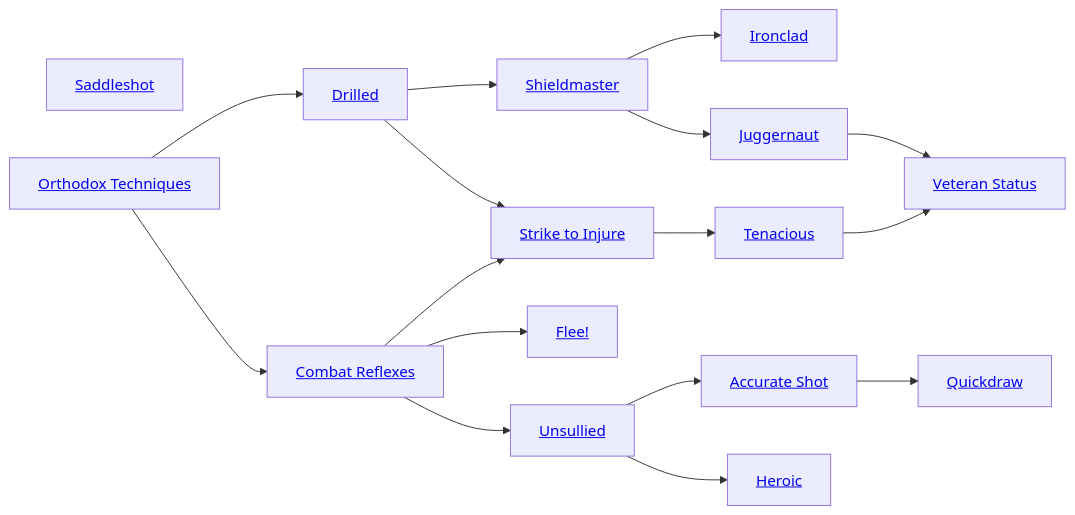
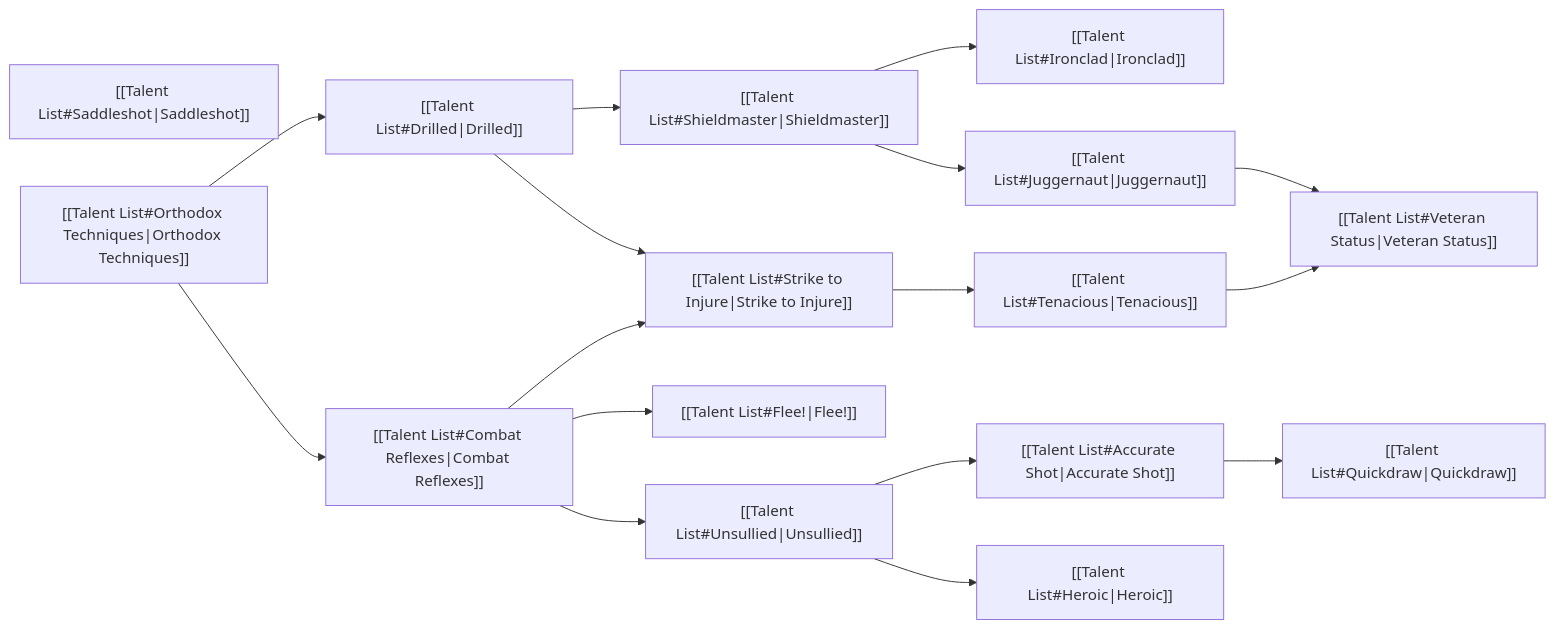
Before and after one commit to donutrj/verdigris: the eighth of 9 diagrams in quartz/content/Characters/Talents/Talent Trees.md, drawn with Mermaid. The commit also changed other lines of this file, not shown here.

First line of the commit message:
Fix Mermaid diagram links in Talent Trees

````diff
--- a/quartz/content/Characters/Talents/Talent Trees.md
+++ b/quartz/content/Characters/Talents/Talent Trees.md
@@ -240,35 +240,35 @@
 ``` mermaid
 graph LR
 
-A[<a class='internal-link is-unresolved' href='Talent List#Accurate Shot'>Accurate Shot</a>]
-B[<a class='internal-link is-unresolved' href='Talent List#Combat Reflexes'>Combat Reflexes</a>]
-C[<a class='internal-link is-unresolved' href='Talent List#Drilled'>Drilled</a>]
-D[<a class='internal-link is-unresolved' href='Talent List#Flee!'>Flee!</a>]
-E[<a class='internal-link is-unresolved' href='Talent List#Heroic'>Heroic</a>]
-F[<a class='internal-link is-unresolved' href='Talent List#Ironclad'>Ironclad</a>]
-G[<a class='internal-link is-unresolved' href='Talent List#Juggernaut'>Juggernaut</a>]
-H[<a class='internal-link is-unresolved' href='Talent List#Saddleshot'>Saddleshot</a>]
-I[<a class='internal-link is-unresolved' href='Talent List#Shieldmaster'>Shieldmaster</a>]
-J[<a class='internal-link is-unresolved' href='Talent List#Strike to Injure'>Strike to Injure</a>]
-K[<a class='internal-link is-unresolved' href='Talent List#Orthodox Techniques'>Orthodox Techniques</a>]
-L[<a class='internal-link is-unresolved' href='Talent List#Tenacious'>Tenacious</a>]
-M[<a class='internal-link is-unresolved' href='Talent List#Unsullied'>Unsullied</a>]
-N[<a class='internal-link is-unresolved' href='Talent List#Veteran Status'>Veteran Status</a>]
-O[<a class='internal-link is-unresolved' href='Talent List#Quickdraw'>Quickdraw</a>]
+A["[[Talent List#Accurate Shot|Accurate Shot]]"]
+B["[[Talent List#Combat Reflexes|Combat Reflexes]]"]
+C["[[Talent List#Drilled|Drilled]]"]
+D["[[Talent List#Flee!|Flee!]]"]
+E["[[Talent List#Heroic|Heroic]]"]
+F["[[Talent List#Ironclad|Ironclad]]"]
+G["[[Talent List#Juggernaut|Juggernaut]]"]
+H["[[Talent List#Saddleshot|Saddleshot]]"]
+I["[[Talent List#Shieldmaster|Shieldmaster]]"]
+J["[[Talent List#Strike to Injure|Strike to Injure]]"]
+K["[[Talent List#Orthodox Techniques|Orthodox Techniques]]"]
+L["[[Talent List#Tenacious|Tenacious]]"]
+M["[[Talent List#Unsullied|Unsullied]]"]
+N["[[Talent List#Veteran Status|Veteran Status]]"]
+O["[[Talent List#Quickdraw|Quickdraw]]"]
 
 K --> C
 K --> B
 C --> I
 C --> J
 B --> J
 B --> D
 B --> M
 I --> F
 I --> G
 J --> L
 L --> N
 G --> N
 M --> A
 A --> O
 M --> E
 ```
````
